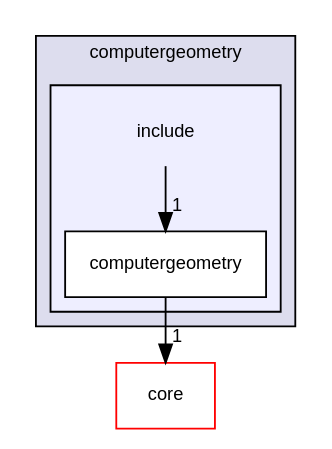
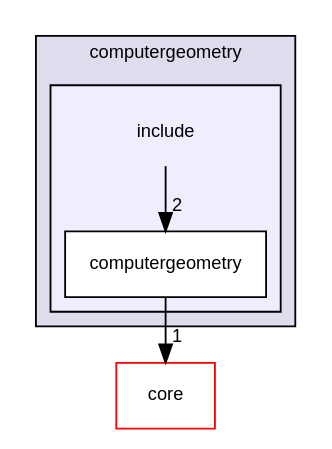
Before and after one commit to YuruTu/NANA: the diagram in docs/dir_fb7eaad88856202e42e495fe4c640ce2_dep.dot, drawn with Graphviz. The commit also changed 105 other files, not shown here.

```diff
--- a/docs/dir_fb7eaad88856202e42e495fe4c640ce2_dep.dot
+++ b/docs/dir_fb7eaad88856202e42e495fe4c640ce2_dep.dot
@@ -1,16 +1,16 @@
 digraph "NANA/modules/computergeometry/include" {
   compound=true
   node [ fontsize="10", fontname="Helvetica"];
   edge [ labelfontsize="10", labelfontname="Helvetica"];
   subgraph clusterdir_a0034a2e1eb347b72447d7288fcbeb40 {
     graph [ bgcolor="#ddddee", pencolor="black", label="computergeometry" fontname="Helvetica", fontsize="10", URL="dir_a0034a2e1eb347b72447d7288fcbeb40.html"]
   subgraph clusterdir_fb7eaad88856202e42e495fe4c640ce2 {
     graph [ bgcolor="#eeeeff", pencolor="black", label="" URL="dir_fb7eaad88856202e42e495fe4c640ce2.html"];
     dir_fb7eaad88856202e42e495fe4c640ce2 [shape=plaintext label="include"];
   dir_818d925d127edf1f832d988170f0690d [shape=box label="computergeometry" fillcolor="white" style="filled" URL="dir_818d925d127edf1f832d988170f0690d.html"];
   }
   }
   dir_c3e203e05606b384f5fc9d03652c3ac7 [shape=box label="core" fillcolor="white" style="filled" color="red" URL="dir_c3e203e05606b384f5fc9d03652c3ac7.html"];
   dir_818d925d127edf1f832d988170f0690d->dir_c3e203e05606b384f5fc9d03652c3ac7 [headlabel="1", labeldistance=1.5 headhref="dir_000004_000006.html"];
-  dir_fb7eaad88856202e42e495fe4c640ce2->dir_818d925d127edf1f832d988170f0690d [headlabel="1", labeldistance=1.5 headhref="dir_000003_000004.html"];
+  dir_fb7eaad88856202e42e495fe4c640ce2->dir_818d925d127edf1f832d988170f0690d [headlabel="2", labeldistance=1.5 headhref="dir_000003_000004.html"];
 }
```
